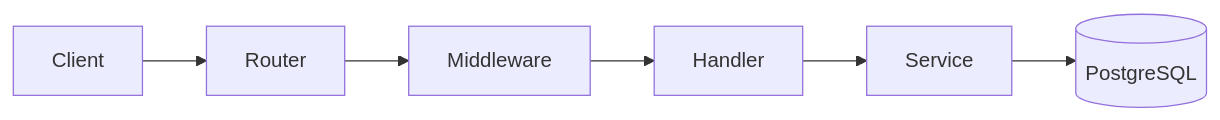
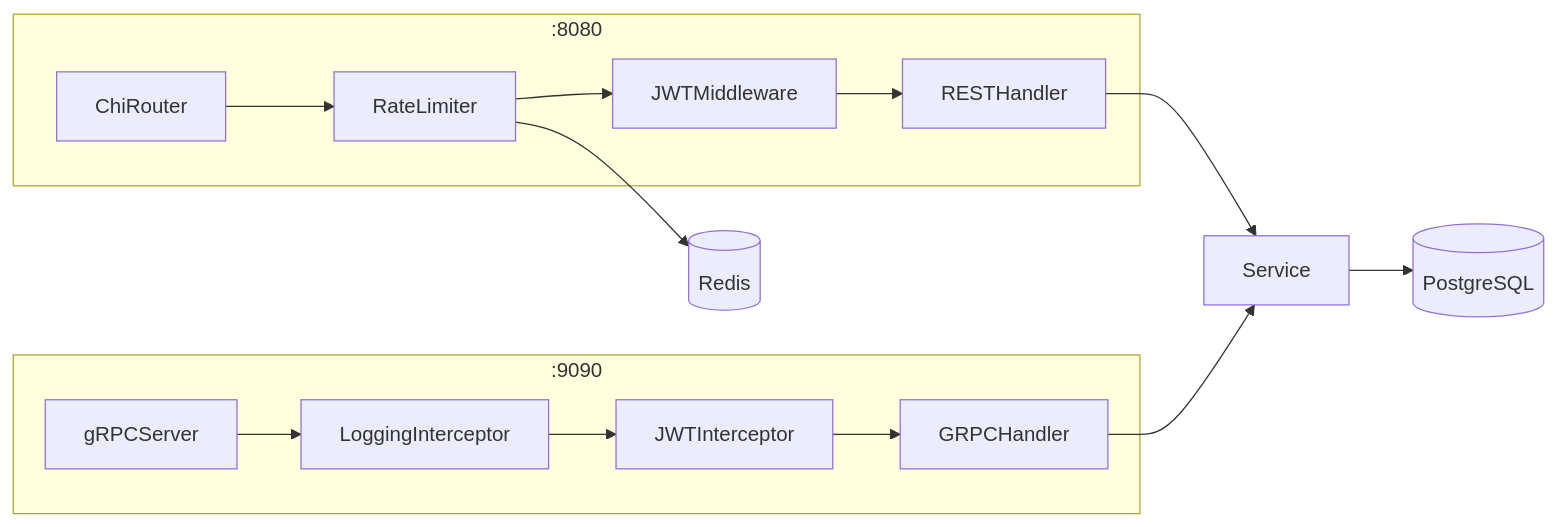
The first of 3 diagrams in README.md (BennerG/auth-log-analyzer), drawn with Mermaid before and after one commit. The commit also changed other lines of this file and 2 other files, not shown here.

First line of the commit message:
docs: Update README with gRPC architecture, endpoints, and usage

````diff
--- a/README.md
+++ b/README.md
@@ -25,5 +25,17 @@
 ```mermaid
 flowchart LR
     postgres[("PostgreSQL")]
-    Client --> Router --> Middleware --> Handler --> Service --> postgres
+    redis[("Redis")]
+
+    subgraph REST [:8080]
+        ChiRouter --> RateLimiter --> JWTMiddleware --> RESTHandler
+    end
+
+    subgraph gRPC [:9090]
+        gRPCServer --> LoggingInterceptor --> JWTInterceptor --> GRPCHandler
+    end
+
+    RESTHandler --> Service --> postgres
+    GRPCHandler --> Service
+    RateLimiter --> redis
 ```
````
